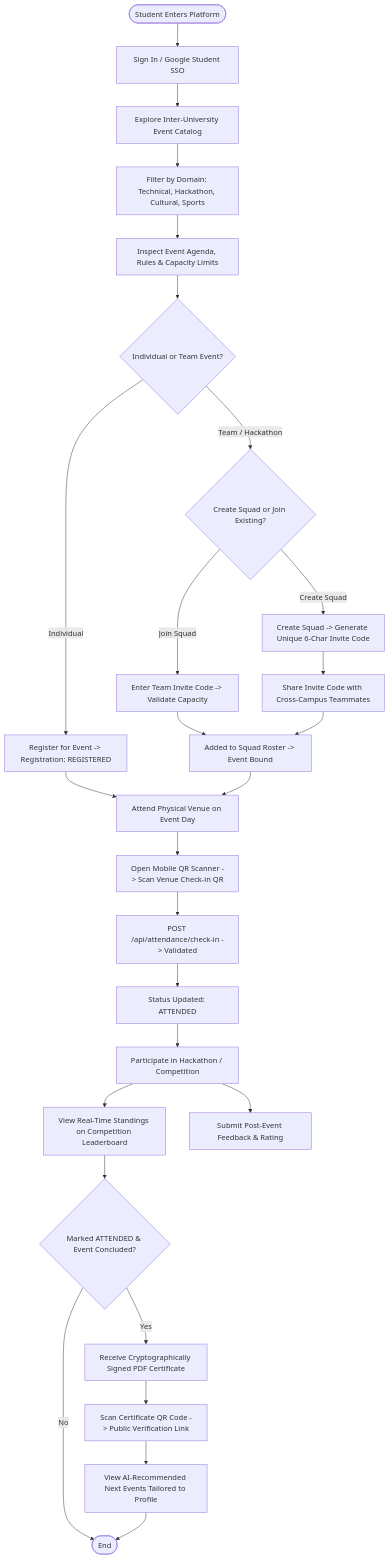
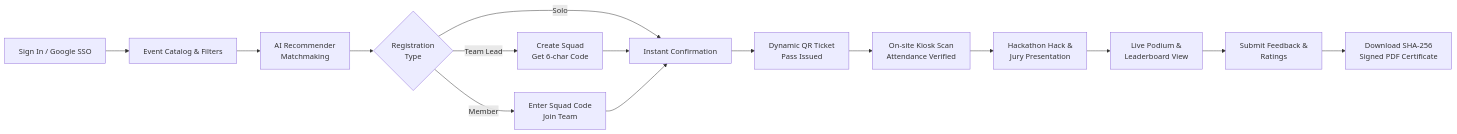
One commit to Yojasree1905/eventsphere changed the third of 6 diagrams in README.md. Above: the diagram before and after it, drawn with Mermaid. The commit also changed other lines of this file, not shown here.

Commit message:
docs: reorient all system architecture and workflow diagrams horizontally for widescreen viewing

````diff
--- a/README.md
+++ b/README.md
@@ -190,35 +211,17 @@
 ```mermaid
-flowchart TD
-    Start(["Student Enters Platform"]) --> Auth["Sign In / Google Student SSO"]
-    Auth --> Discovery["Explore Inter-University Event Catalog"]
-    Discovery --> Filter["Filter by Domain: Technical, Hackathon, Cultural, Sports"]
-    Filter --> EventDetails["Inspect Event Agenda, Rules & Capacity Limits"]
-    EventDetails --> Registration{"Individual or Team Event?"}
-    
-    Registration -->|"Individual"| DirectReg["Register for Event -> Registration: REGISTERED"]
-    Registration -->|"Team / Hackathon"| TeamDecision{"Create Squad or Join Existing?"}
-    
-    TeamDecision -->|"Create Squad"| CreateTeam["Create Squad -> Generate Unique 6-Char Invite Code"]
-    CreateTeam --> ShareCode["Share Invite Code with Cross-Campus Teammates"]
-    TeamDecision -->|"Join Squad"| InputCode["Enter Team Invite Code -> Validate Capacity"]
-    InputCode --> JoinedTeam["Added to Squad Roster -> Event Bound"]
-    ShareCode --> JoinedTeam
-    
-    DirectReg --> VenueArrival["Attend Physical Venue on Event Day"]
-    JoinedTeam --> VenueArrival
-    
-    VenueArrival --> ScanQR["Open Mobile QR Scanner -> Scan Venue Check-in QR"]
-    ScanQR --> AttendanceAPI["POST /api/attendance/check-in -> Validated"]
-    AttendanceAPI --> StatusUpdate["Status Updated: ATTENDED"]
-    
-    StatusUpdate --> Competition["Participate in Hackathon / Competition"]
-    Competition --> LiveBoard["View Real-Time Standings on Competition Leaderboard"]
-    Competition --> SubmitFeedback["Submit Post-Event Feedback & Rating"]
-    
-    LiveBoard --> CertEligibility{"Marked ATTENDED & Event Concluded?"}
-    CertEligibility -->|"Yes"| CertClaim["Receive Cryptographically Signed PDF Certificate"]
-    CertClaim --> VerifyQR["Scan Certificate QR Code -> Public Verification Link"]
-    CertEligibility -->|"No"| End(["End"])
-    VerifyQR --> AIRecommendations["View AI-Recommended Next Events Tailored to Profile"]
-    AIRecommendations --> End
+flowchart LR
+    S_IN["Sign In / Google SSO"] --> CAT["Event Catalog & Filters"]
+    CAT --> AI["AI Recommender<br/>Matchmaking"]
+    AI --> REG{"Registration<br/>Type"}
+    REG -- "Solo" --> CONF["Instant Confirmation"]
+    REG -- "Team Lead" --> SQUAD["Create Squad<br/>Get 6-char Code"]
+    REG -- "Member" --> JOIN["Enter Squad Code<br/>Join Team"]
+    SQUAD --> CONF
+    JOIN --> CONF
+    CONF --> QR["Dynamic QR Ticket<br/>Pass Issued"]
+    QR --> CHECK["On-site Kiosk Scan<br/>Attendance Verified"]
+    CHECK --> EVAL["Hackathon Hack &<br/>Jury Presentation"]
+    EVAL --> PODIUM["Live Podium &<br/>Leaderboard View"]
+    PODIUM --> FEED["Submit Feedback &<br/>Ratings"]
+    FEED --> CERT["Download SHA-256<br/>Signed PDF Certificate"]
 ```
````
